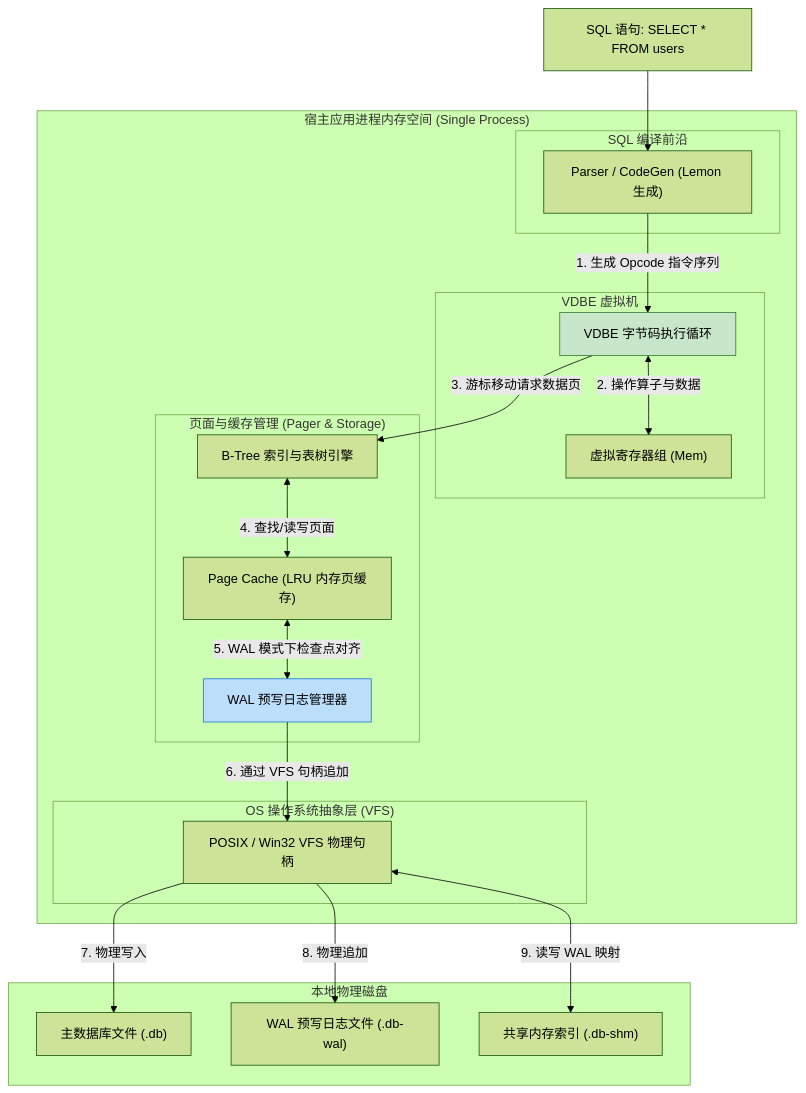
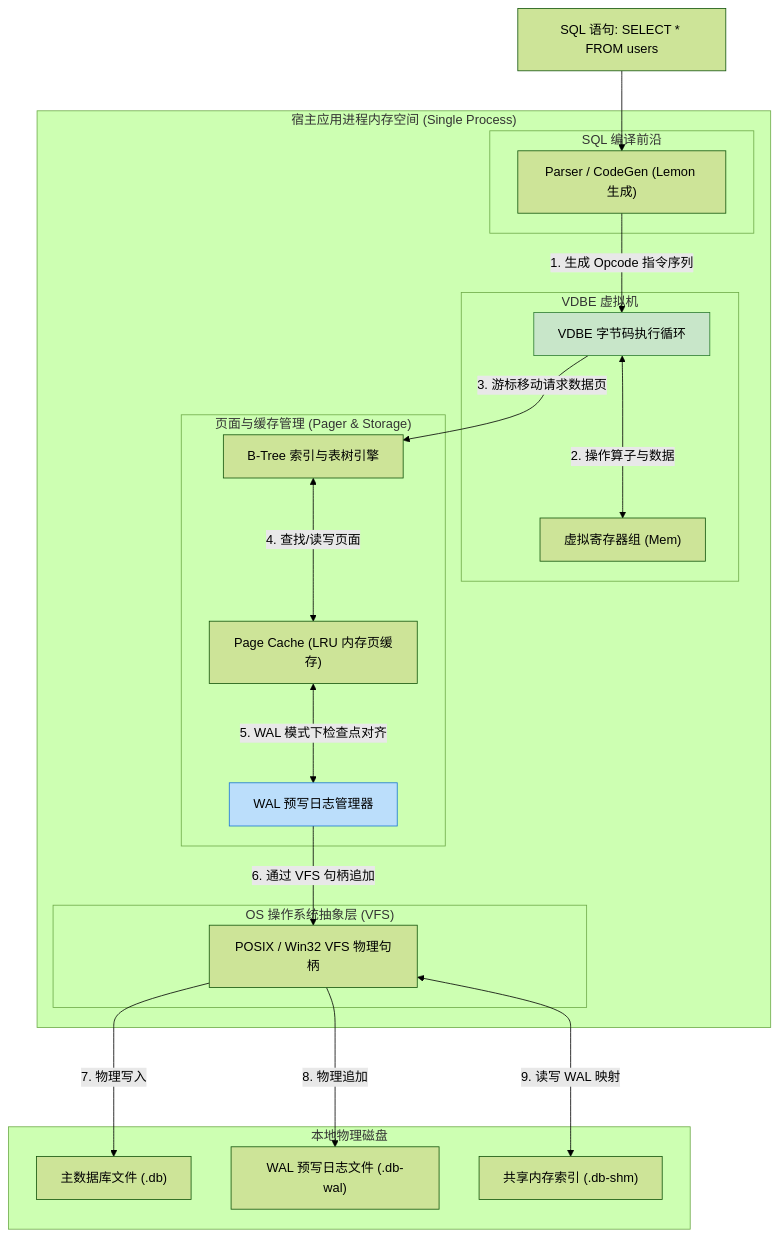
Before and after one commit to koosai/AI-Architect-Learning: the fourth of 6 diagrams in docs/atlas/sqlite.mdx, drawn with Mermaid (forest theme). The commit also changed 68 other files, not shown here.

Commit message:
fix(atlas): fix browser client-side Mermaid rendering for mindmaps and flowcharts across 67 case studies

````diff
--- a/docs/atlas/sqlite.mdx
+++ b/docs/atlas/sqlite.mdx
@@ -124,45 +124,45 @@
 ```mermaid
 graph TB
   subgraph SingleProcessMemory["宿主应用进程内存空间 (Single Process)"]
     subgraph Frontend["SQL 编译前沿"]
       Parser["Parser / CodeGen (Lemon 生成)"]
     end
     
     subgraph VdbeEngine["VDBE 虚拟机"]
       OpcodeRunner["VDBE 字节码执行循环"]
       Registers["虚拟寄存器组 (Mem)"]
     end
 
     subgraph PagerSystem["页面与缓存管理 (Pager & Storage)"]
       BTreeEngine["B-Tree 索引与表树引擎"]
       PageCache["Page Cache (LRU 内存页缓存)"]
       WalManager["WAL 预写日志管理器"]
     end
 
     subgraph VfsLayer["OS 操作系统抽象层 (VFS)"]
       PosixVfs["POSIX / Win32 VFS 物理句柄"]
     end
   end
 
   subgraph LocalDiskStorage["本地物理磁盘"]
     DbFile["主数据库文件 (.db)"]
     WalLogFile["WAL 预写日志文件 (.db-wal)"]
     ShmIndexFile["共享内存索引 (.db-shm)"]
   end
 
   SQLString["SQL 语句: SELECT * FROM users"] --> Parser
   Parser -->|1. 生成 Opcode 指令序列| OpcodeRunner
-  OpcodeRunner <-->|2. 操作算子与数据| Registers
+  OpcodeRunner <--->|2. 操作算子与数据| Registers
   OpcodeRunner -->|3. 游标移动请求数据页| BTreeEngine
   
-  BTreeEngine <-->|4. 查找/读写页面| PageCache
-  PageCache <-->|5. WAL 模式下检查点对齐| WalManager
+  BTreeEngine <--->|4. 查找/读写页面| PageCache
+  PageCache <--->|5. WAL 模式下检查点对齐| WalManager
   
   WalManager -->|6. 通过 VFS 句柄追加| PosixVfs
   PosixVfs -->|7. 物理写入| DbFile
   PosixVfs -->|8. 物理追加| WalLogFile
-  PosixVfs <-->|9. 读写 WAL 映射| ShmIndexFile
+  PosixVfs <--->|9. 读写 WAL 映射| ShmIndexFile
 
   style OpcodeRunner fill:#c8e6c9,stroke:#2e7d32
   style WalManager fill:#bbdefb,stroke:#1976d2
 ```
````
